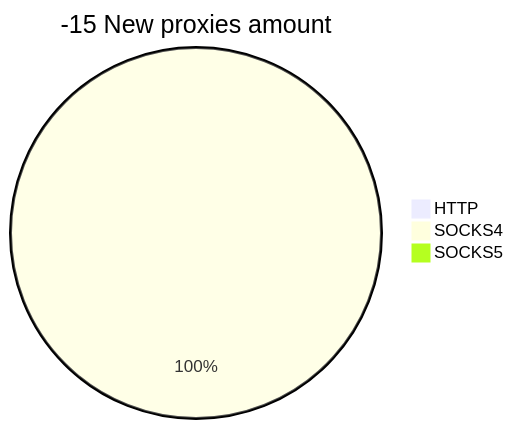
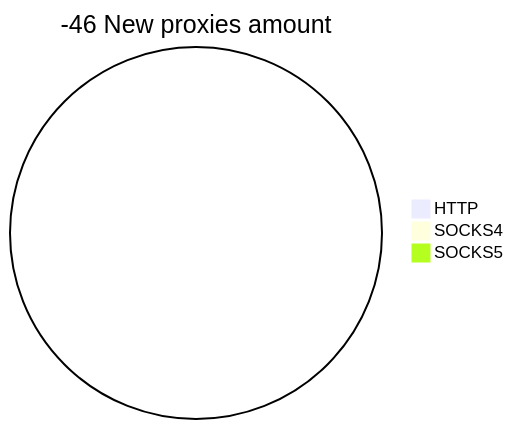
Before and after one commit to cutipu/proxylist: the second of 2 diagrams in README.md, drawn with Mermaid. The commit also changed other lines of this file, not shown here.

````diff
--- a/README.md
+++ b/README.md
@@ -10,6 +10,6 @@
 ```mermaid
-pie title -15 New proxies amount
+pie title -46 New proxies amount
     "HTTP" : 0
-    "SOCKS4" : 2
+    "SOCKS4" : 0
     "SOCKS5" : 0
 ```
````
